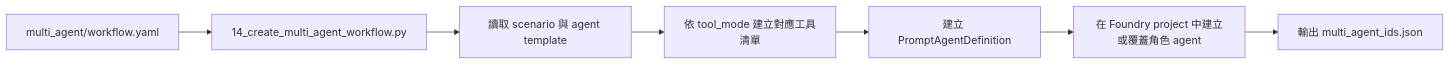
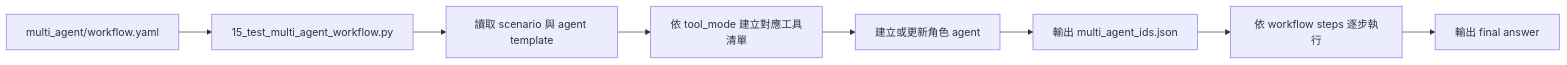
One commit to payton-chou-ms/e2e-ms-foundry-workshop changed the first of 2 diagrams in workshop/docs/03-understand/05-multi-agent-extension.md. Above: the diagram before and after it, drawn with Mermaid. The commit also changed other lines of this file and 9 other files, not shown here.

First line of the commit message:
Refactor multi-agent workflow scripts and remove legacy code

````diff
--- a/workshop/docs/03-understand/05-multi-agent-extension.md
+++ b/workshop/docs/03-understand/05-multi-agent-extension.md
@@ -220,9 +222,10 @@
 ```mermaid
 flowchart LR
-        A[multi_agent/workflow.yaml] --> B[14_create_multi_agent_workflow.py]
+        A[multi_agent/workflow.yaml] --> B[15_test_multi_agent_workflow.py]
         B --> C[讀取 scenario 與 agent template]
         C --> D[依 tool_mode 建立對應工具清單]
-        D --> E[建立 PromptAgentDefinition]
-        E --> F[在 Foundry project 中建立或覆蓋角色 agent]
-        F --> G[輸出 multi_agent_ids.json]
+        D --> E[建立或更新角色 agent]
+        E --> F[輸出 multi_agent_ids.json]
+        F --> G[依 workflow steps 逐步執行]
+        G --> H[輸出 final answer]
 ```
````
